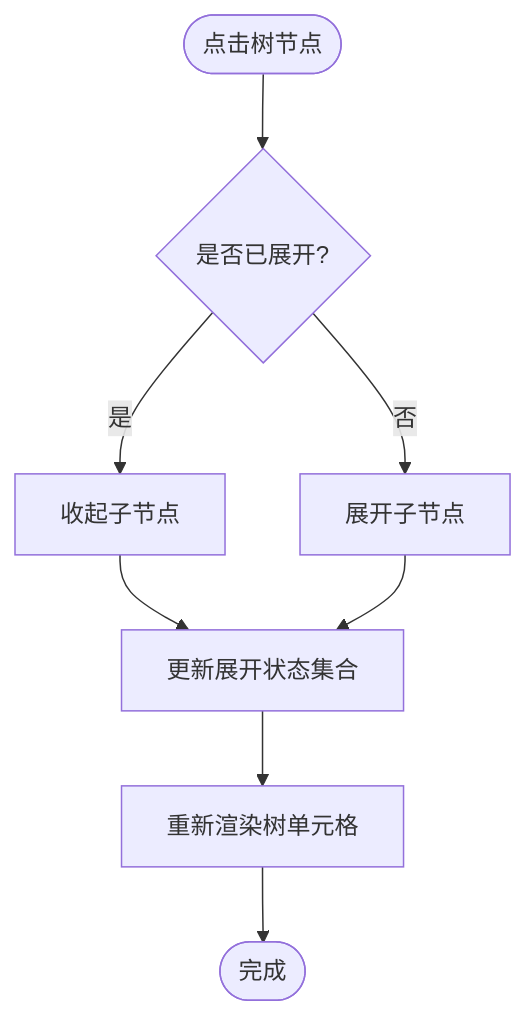
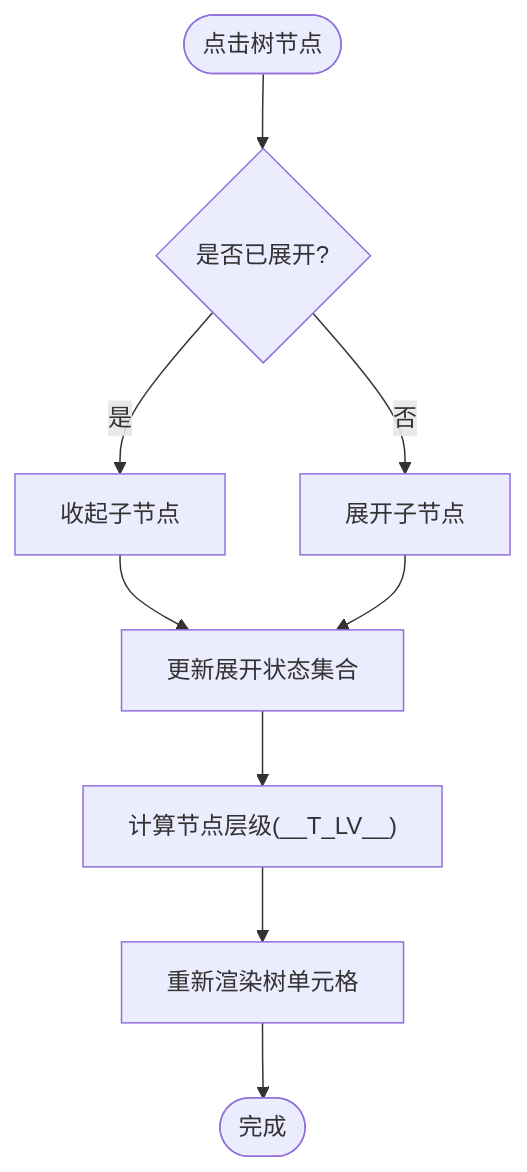
The fourth of 5 diagrams in .qoder/repowiki/zh/content/示例演示/面板树示例.md (ja-plus/stk-table-vue), drawn with Mermaid before and after one commit. The commit also changed other lines of this file and 6 other files, not shown here.

````diff
--- a/.qoder/repowiki/zh/content/示例演示/面板树示例.md
+++ b/.qoder/repowiki/zh/content/示例演示/面板树示例.md
@@ -167,10 +208,11 @@
 ```mermaid
 flowchart TD
 Start(["点击树节点"]) --> CheckExpanded{"是否已展开?"}
 CheckExpanded --> |是| Collapse["收起子节点"]
 CheckExpanded --> |否| Expand["展开子节点"]
 Collapse --> UpdateState["更新展开状态集合"]
 Expand --> UpdateState
-UpdateState --> Render["重新渲染树单元格"]
+UpdateState --> CalcLevel["计算节点层级(__T_LV__)"]
+CalcLevel --> Render["重新渲染树单元格"]
 Render --> End(["完成"])
 ```
````
